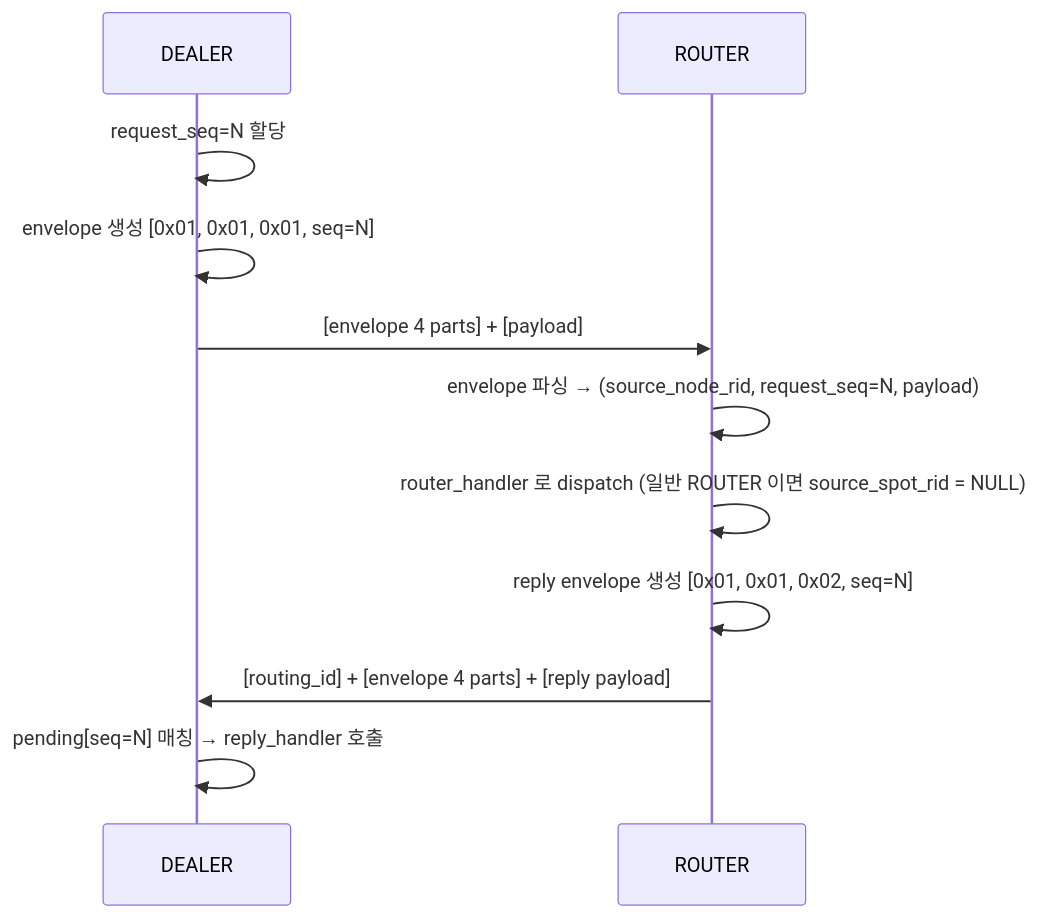
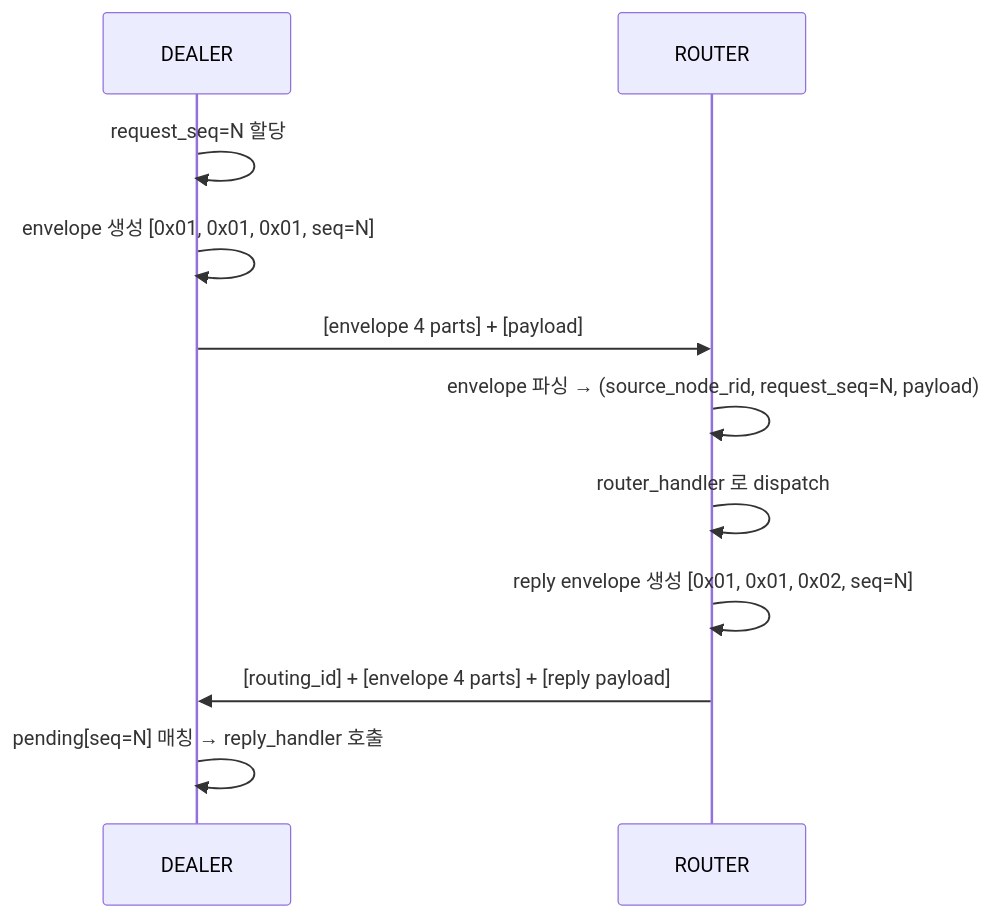
The second of 2 diagrams in core/doc/internals/protocol-zmp.ko.md (kairos-code-dev/zlink), drawn with Mermaid before and after one commit. The commit also changed other lines of this file and 58 other files, not shown here.

````diff
--- a/core/doc/internals/protocol-zmp.ko.md
+++ b/core/doc/internals/protocol-zmp.ko.md
@@ -112,14 +111,14 @@
 ```mermaid
 sequenceDiagram
     participant D as DEALER
     participant R as ROUTER
 
     D->>D: request_seq=N 할당
     D->>D: envelope 생성 [0x01, 0x01, 0x01, seq=N]
     D->>R: [envelope 4 parts] + [payload]
     R->>R: envelope 파싱 → (source_node_rid, request_seq=N, payload)
-    R->>R: router_handler 로 dispatch (일반 ROUTER 이면 source_spot_rid = NULL)
+    R->>R: router_handler 로 dispatch
     R->>R: reply envelope 생성 [0x01, 0x01, 0x02, seq=N]
     R->>D: [routing_id] + [envelope 4 parts] + [reply payload]
     D->>D: pending[seq=N] 매칭 → reply_handler 호출
 ```
````
